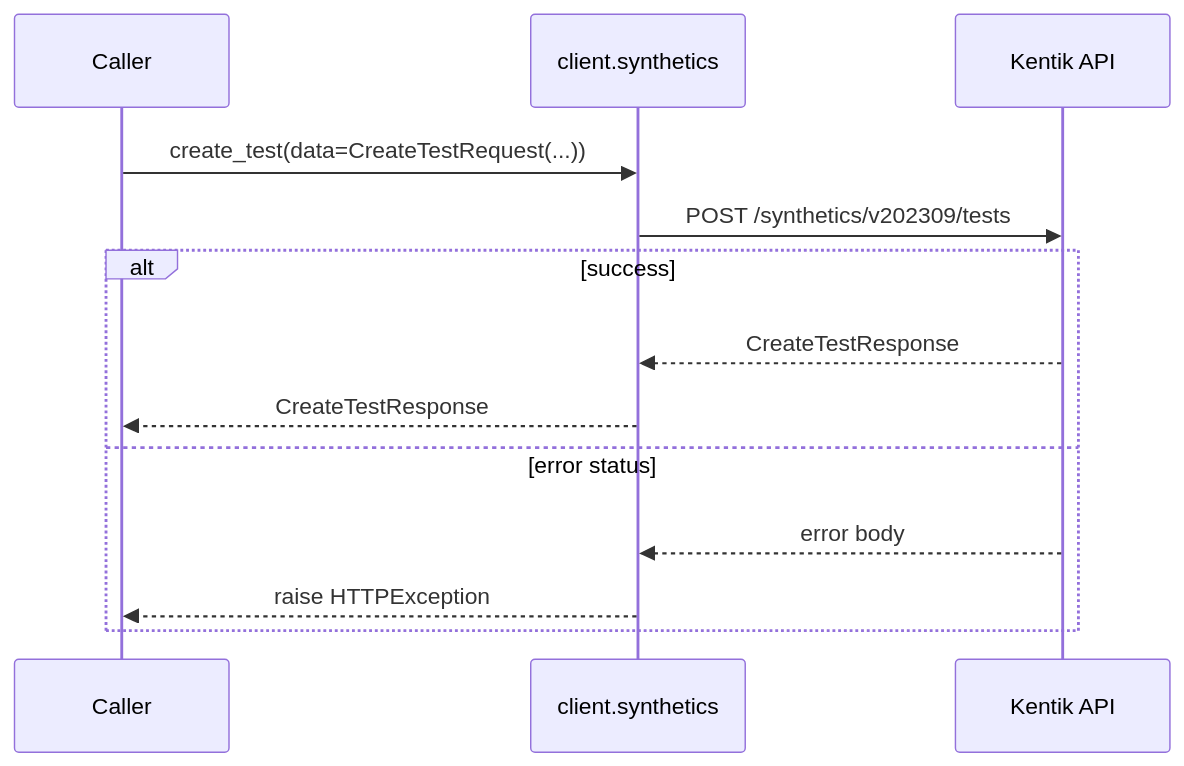
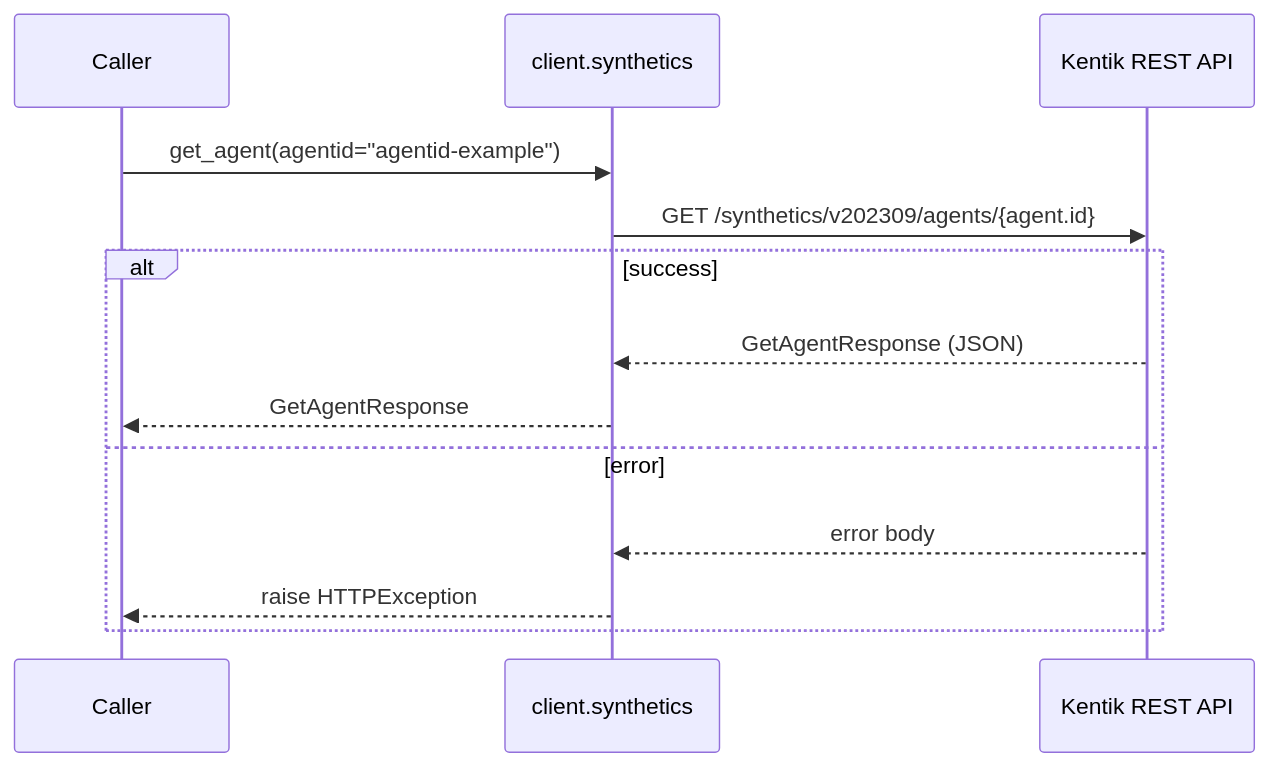
Diagram 14 of 38 in docs/sphinx/services/synthetics.md (alexdearaujo/community_sdk_python), drawn with Mermaid before and after one commit. The commit also changed other lines of this file and 61 other files, not shown here.

````diff
--- a/docs/sphinx/services/synthetics.md
+++ b/docs/sphinx/services/synthetics.md
@@ -521,16 +479,16 @@
 ```mermaid
 sequenceDiagram
     participant C as Caller
     participant W as client.synthetics
-    participant API as Kentik API
+    participant API as Kentik REST API
 
-    C->>W: create_test(data=CreateTestRequest(...))
-    W->>API: POST /synthetics/v202309/tests
+    C->>W: get_agent(agentid="agentid-example")
+    W->>API: GET /synthetics/v202309/agents/{agent.id}
     alt success
-        API-->>W: CreateTestResponse
-        W-->>C: CreateTestResponse
-    else error status
+        API-->>W: GetAgentResponse (JSON)
+        W-->>C: GetAgentResponse
+    else error
         API-->>W: error body
         W-->>C: raise HTTPException
     end
 ```
````
